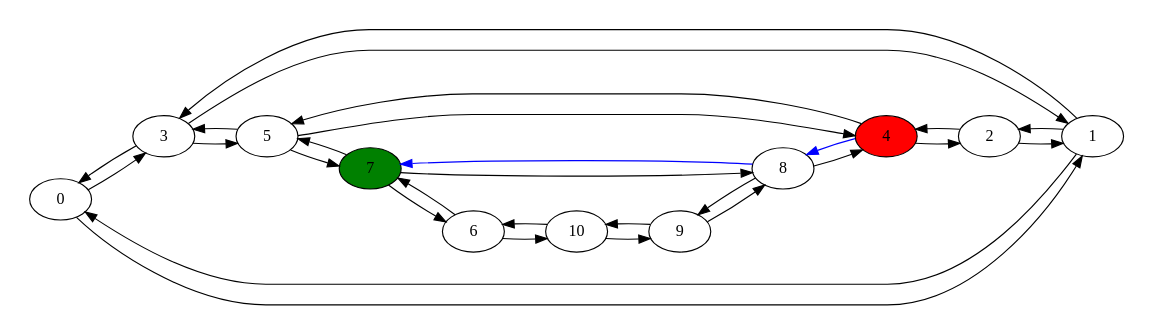
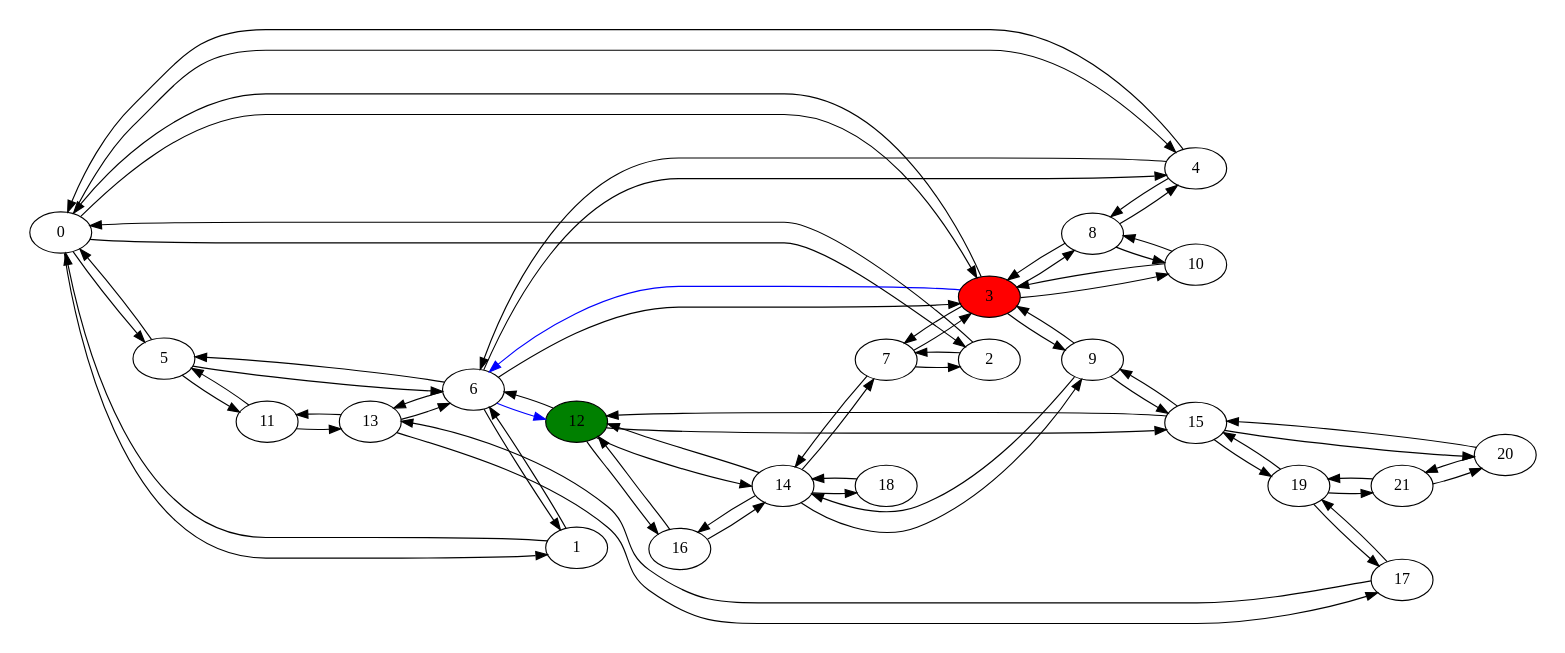
The diagram in Prototipo/grafoColorido.dot (brunnerklueger/bitmatrix), drawn with Graphviz before and after one commit. The commit also changed 119 other files, not shown here.

```diff
--- a/Prototipo/grafoColorido.dot
+++ b/Prototipo/grafoColorido.dot
@@ -1,39 +1,79 @@
 digraph 1 {
 graph[fontname="CourierNew";rankdir="LR";pad="0.25"]
 node[fontname="CourierNew" target="_parent"]
 edge[fontname="CourierNew"]
 
+0->5
+0->4
 0->3
+0->2
 0->1
-1->3
-1->2
+1->6
 1->0
-2->4
-2->1
-3->5
-3->1
+2->7
+2->0
+3->10
+3->9
+3->8
+3->7
+3->6 [color=blue]
+
 3->0
-4->8 [color=blue]
+4->8
+4->6
+4->0
+5->11
+5->6
+5->0
+6->13
+6->12 [color=blue]
 
-4->5
-4->2
-5->7
-5->4
-5->3
-6->10
-6->7
-7->8
-7->6
-7->5
-8->9
-8->7 [color=blue]
+6->5
+6->4
+6->3
+6->1
+7->14
+7->3
+7->2
+8->10
+8->4
+8->3
+9->15
+9->14
+9->3
+10->8
+10->3
+11->13
+11->5
+12->16
+12->15
+12->14
+12->6
+13->17
+13->11
+13->6
+14->18
+14->16
+14->12
+14->9
+14->7
+15->20
+15->19
+15->12
+15->9
+16->14
+16->12
+17->19
+17->13
+18->14
+19->21
+19->17
+19->15
+20->21
+20->15
+21->20
+21->19
 
-8->4
-9->10
-9->8
-10->9
-10->6
-
-4[style=filled, fillcolor=red]
-7[style=filled, fillcolor=green]
+3[style=filled, fillcolor=red]
+12[style=filled, fillcolor=green]
 }
```
